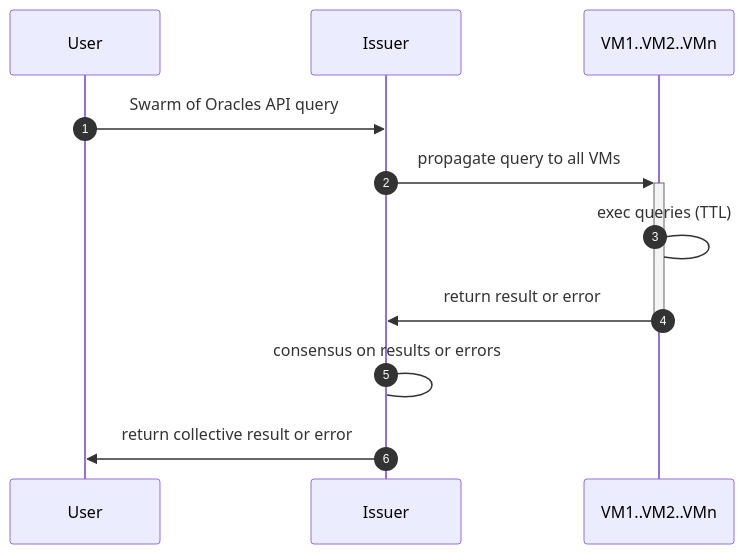
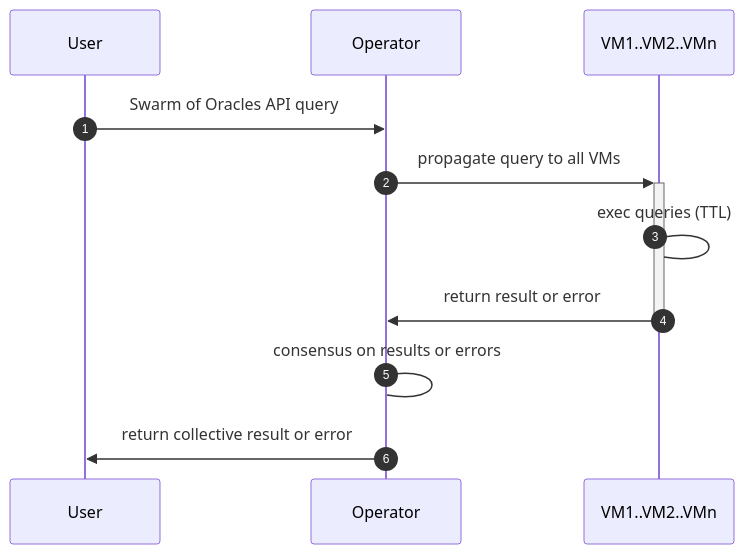
The fourth of 6 diagrams in docs/Setup.md (dyne/zenswarm-devops), drawn with Mermaid before and after one commit. The commit also changed other lines of this file, not shown here.

Commit message:
rename Issuer to Operator

````diff
--- a/docs/Setup.md
+++ b/docs/Setup.md
@@ -83,13 +83,13 @@
 ```mermaid
 sequenceDiagram
 autonumber
   participant U as User
-  participant I as Issuer
+  participant O as Operator
   participant V as VM1..VM2..VMn
-  U->>I: Swarm of Oracles API query
-  I->>+V: propagate query to all VMs
+  U->>O: Swarm of Oracles API query
+  O->>+V: propagate query to all VMs
   V->V: exec queries (TTL)
-  V->>-I: return result or error
-  I->I: consensus on results or errors
-  I->>U: return collective result or error
+  V->>-O: return result or error
+  O->O: consensus on results or errors
+  O->>U: return collective result or error
 ```
````
